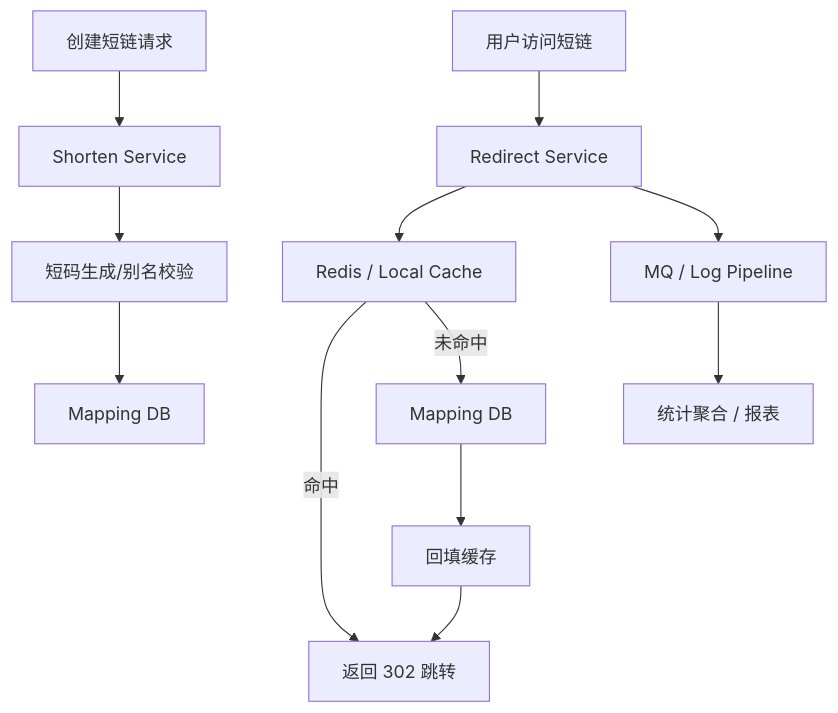
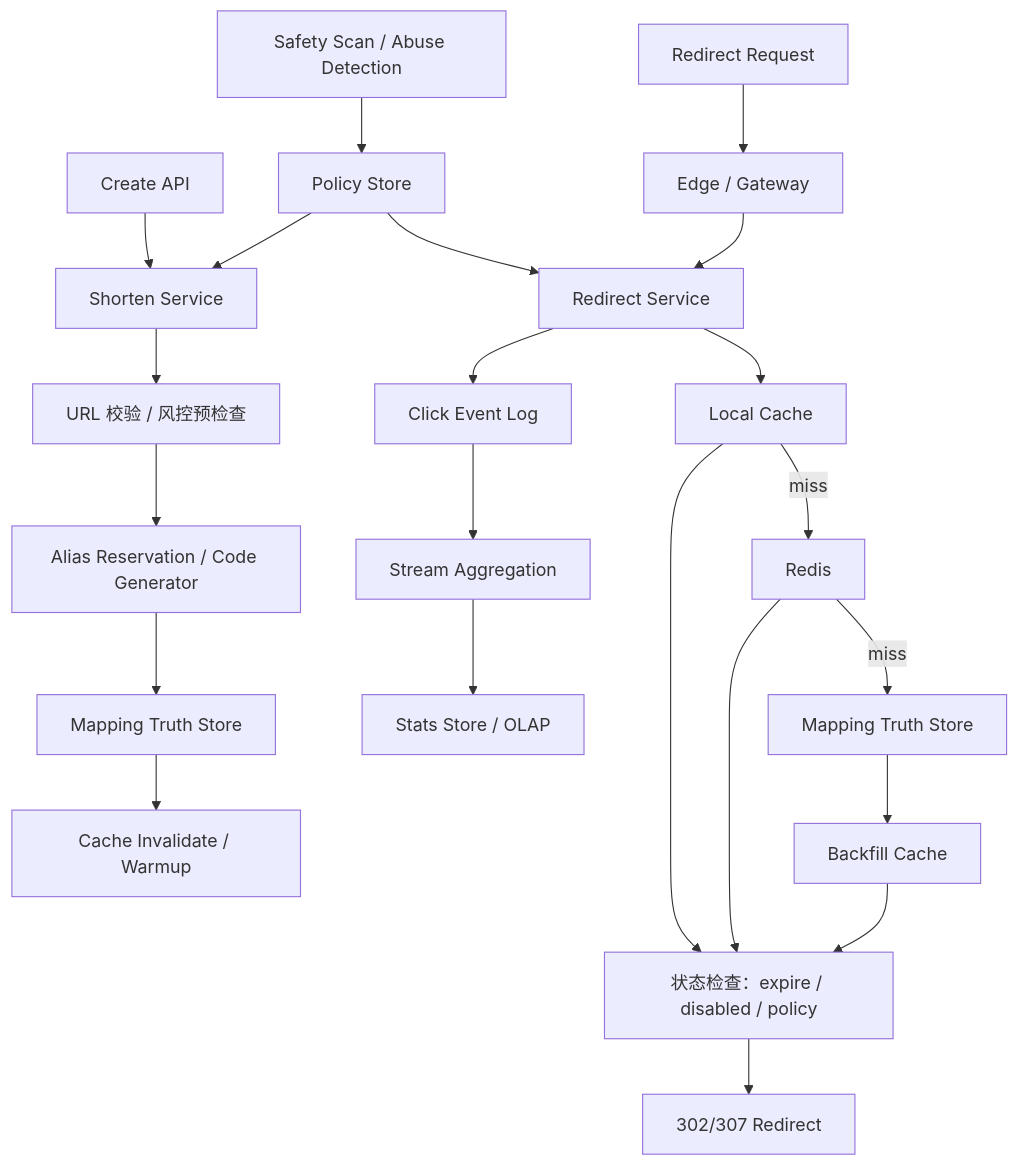
Before and after one commit to qxq1997/learning_stuff: the diagram in 系统设计/13_短链系统真题模拟.md, drawn with Mermaid. The commit also changed other lines of this file and 11 other files, not shown here.

````diff
--- a/系统设计/13_短链系统真题模拟.md
+++ b/系统设计/13_短链系统真题模拟.md
@@ -114,14 +534,27 @@
 ```mermaid
 flowchart TD
-    A["创建短链请求"] --> B["Shorten Service"]
-    B --> C["短码生成/别名校验"]
-    C --> D["Mapping DB"]
-    E["用户访问短链"] --> F["Redirect Service"]
-    F --> G["Redis / Local Cache"]
-    G -->|命中| H["返回 302 跳转"]
-    G -->|未命中| I["Mapping DB"]
-    I --> J["回填缓存"]
-    J --> H
-    F --> K["MQ / Log Pipeline"]
-    K --> L["统计聚合 / 报表"]
+    A["Create API"] --> B["Shorten Service"]
+    B --> C["URL 校验 / 风控预检查"]
+    C --> D["Alias Reservation / Code Generator"]
+    D --> E["Mapping Truth Store"]
+    E --> F["Cache Invalidate / Warmup"]
+
+    G["Redirect Request"] --> H["Edge / Gateway"]
+    H --> I["Redirect Service"]
+    I --> J["Local Cache"]
+    J -->|miss| K["Redis"]
+    K -->|miss| L["Mapping Truth Store"]
+    L --> M["Backfill Cache"]
+    J --> N["状态检查：expire / disabled / policy"]
+    K --> N
+    M --> N
+    N --> O["302/307 Redirect"]
+
+    I --> P["Click Event Log"]
+    P --> Q["Stream Aggregation"]
+    Q --> R["Stats Store / OLAP"]
+
+    S["Safety Scan / Abuse Detection"] --> T["Policy Store"]
+    T --> I
+    T --> B
 ```
````
